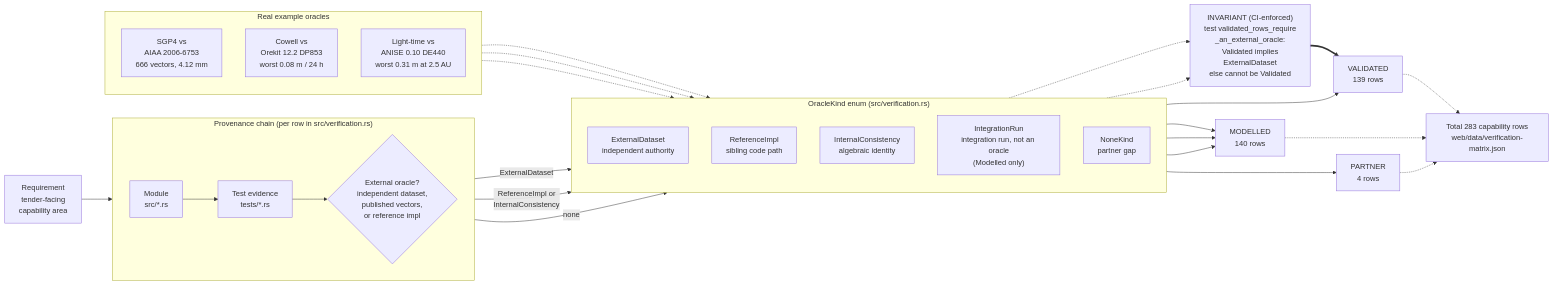
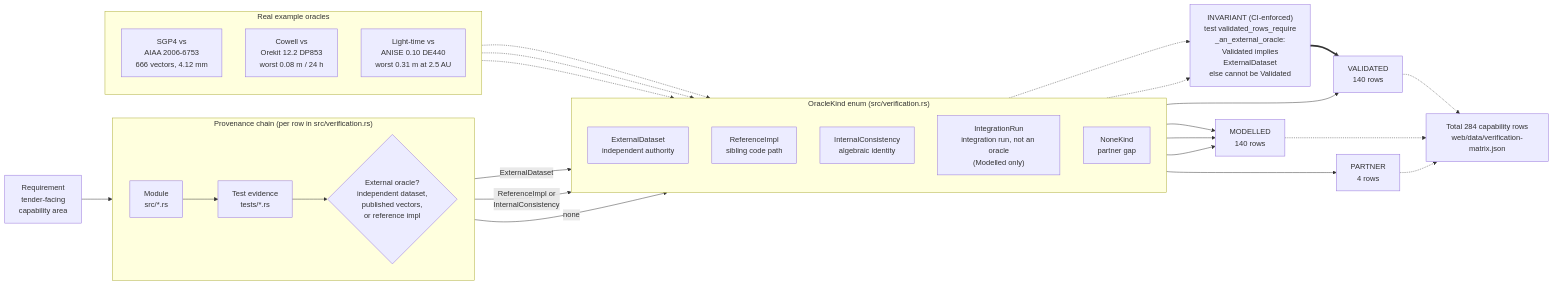
The diagram in docs/diagrams/validation-provenance.mmd (ashfordeOU/kshana), drawn with Mermaid before and after one commit. The commit also changed 26 other files, not shown here.

```diff
--- a/docs/diagrams/validation-provenance.mmd
+++ b/docs/diagrams/validation-provenance.mmd
@@ -1,51 +1,51 @@
 flowchart LR
     REQ["Requirement<br/>tender-facing<br/>capability area"]
 
     subgraph CHAIN["Provenance chain (per row in src/verification.rs)"]
         direction LR
         MOD["Module<br/>src/*.rs"]
         TST["Test evidence<br/>tests/*.rs"]
         ORA{"External oracle?<br/>independent dataset,<br/>published vectors,<br/>or reference impl"}
     end
 
     REQ --> MOD --> TST --> ORA
 
     subgraph KINDS["OracleKind enum (src/verification.rs)"]
         direction TD
         EXT["ExternalDataset<br/>independent authority"]
         REF["ReferenceImpl<br/>sibling code path"]
         INT["InternalConsistency<br/>algebraic identity"]
         IRN["IntegrationRun<br/>integration run, not an oracle<br/>(Modelled only)"]
         NON["NoneKind<br/>partner gap"]
     end
 
     ORA -->|ExternalDataset| EXT
     ORA -->|"ReferenceImpl or<br/>InternalConsistency"| INT
     ORA -->|none| NON
 
     GUARD["INVARIANT (CI-enforced)<br/>test validated_rows_require<br/>_an_external_oracle:<br/>Validated implies<br/>ExternalDataset<br/>else cannot be Validated"]
     EXT -.-> GUARD
     INT -.-> GUARD
 
-    EXT --> VAL["VALIDATED<br/>139 rows"]
+    EXT --> VAL["VALIDATED<br/>140 rows"]
     REF --> MDL["MODELLED<br/>140 rows"]
     INT --> MDL
     IRN --> MDL
     NON --> PRT["PARTNER<br/>4 rows"]
     GUARD ==> VAL
 
     subgraph EX["Real example oracles"]
         direction TD
         E1["SGP4 vs<br/>AIAA 2006-6753<br/>666 vectors, 4.12 mm"]
         E2["Cowell vs<br/>Orekit 12.2 DP853<br/>worst 0.08 m / 24 h"]
         E3["Light-time vs<br/>ANISE 0.10 DE440<br/>worst 0.31 m at 2.5 AU"]
     end
 
     E1 -.-> EXT
     E2 -.-> EXT
     E3 -.-> EXT
 
-    TOTAL["Total 283 capability rows<br/>web/data/verification-matrix.json"]
+    TOTAL["Total 284 capability rows<br/>web/data/verification-matrix.json"]
     VAL -.-> TOTAL
     MDL -.-> TOTAL
     PRT -.-> TOTAL
```
